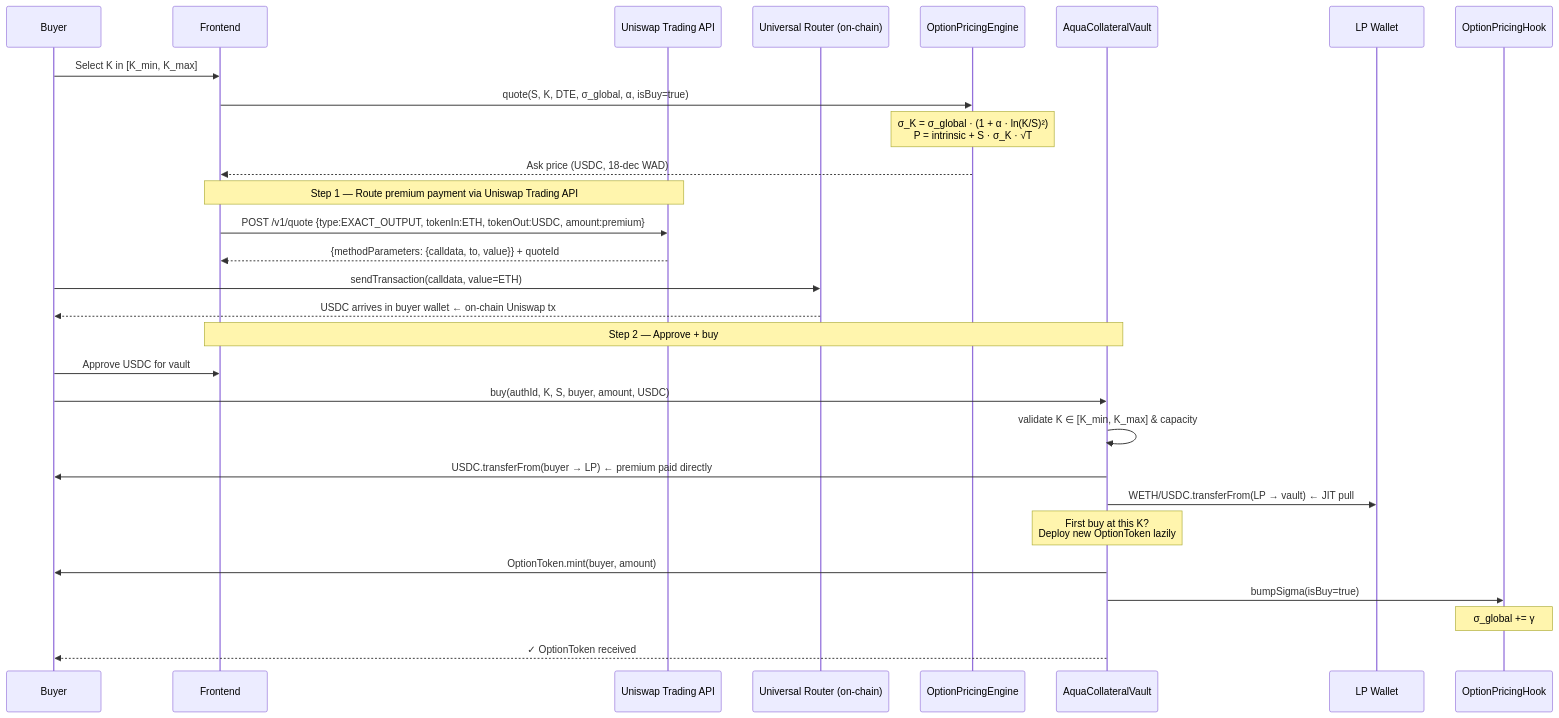
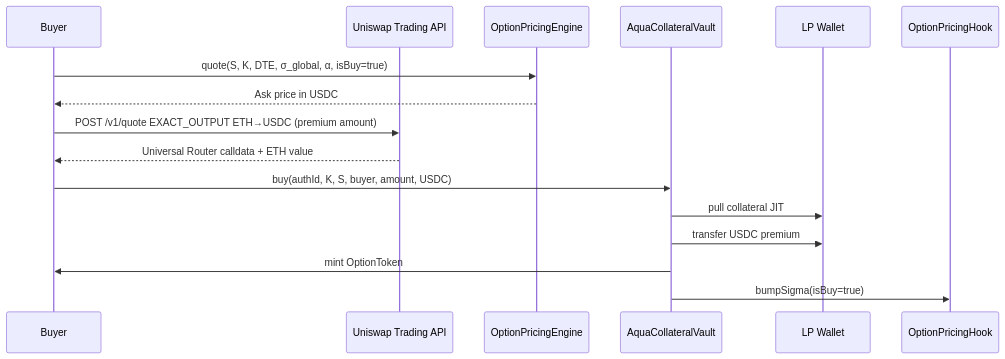
One commit to oslinin/Smile changed the second of 6 diagrams in README.md. Above: the diagram before and after it, drawn with Mermaid. The commit also changed other lines of this file, not shown here.

Commit message:
Simplify primary market buy Mermaid diagram

````diff
--- a/README.md
+++ b/README.md
@@ -120,34 +120,19 @@
 ```mermaid
 sequenceDiagram
     participant Buyer
-    participant Frontend
     participant UniAPI as Uniswap Trading API
-    participant UniRouter as Universal Router (on-chain)
     participant Engine as OptionPricingEngine
     participant Vault as AquaCollateralVault
     participant LP as LP Wallet
     participant Hook as OptionPricingHook
 
-    Buyer->>Frontend: Select K in [K_min, K_max]
-    Frontend->>Engine: quote(S, K, DTE, σ_global, α, isBuy=true)
-    Note over Engine: σ_K = σ_global · (1 + α · ln(K/S)²)<br/>P = intrinsic + S · σ_K · √T
-    Engine-->>Frontend: Ask price (USDC, 18-dec WAD)
-
-    Note over Frontend,UniAPI: Step 1 — Route premium payment via Uniswap Trading API
-    Frontend->>UniAPI: POST /v1/quote {type:EXACT_OUTPUT, tokenIn:ETH, tokenOut:USDC, amount:premium}
-    UniAPI-->>Frontend: {methodParameters: {calldata, to, value}} + quoteId
-    Buyer->>UniRouter: sendTransaction(calldata, value=ETH)
-    UniRouter-->>Buyer: USDC arrives in buyer wallet  ← on-chain Uniswap tx
-
-    Note over Frontend,Vault: Step 2 — Approve + buy
-    Buyer->>Frontend: Approve USDC for vault
+    Buyer->>Engine: quote(S, K, DTE, σ_global, α, isBuy=true)
+    Engine-->>Buyer: Ask price in USDC
+    Buyer->>UniAPI: POST /v1/quote EXACT_OUTPUT ETH→USDC (premium amount)
+    UniAPI-->>Buyer: Universal Router calldata + ETH value
     Buyer->>Vault: buy(authId, K, S, buyer, amount, USDC)
-    Vault->>Vault: validate K ∈ [K_min, K_max] & capacity
-    Vault->>Buyer: USDC.transferFrom(buyer → LP)  ← premium paid directly
-    Vault->>LP: WETH/USDC.transferFrom(LP → vault) ← JIT pull
-    Note over Vault: First buy at this K?<br/>Deploy new OptionToken lazily
-    Vault->>Buyer: OptionToken.mint(buyer, amount)
+    Vault->>LP: pull collateral JIT
+    Vault->>LP: transfer USDC premium
+    Vault->>Buyer: mint OptionToken
     Vault->>Hook: bumpSigma(isBuy=true)
-    Note over Hook: σ_global += γ
-    Vault-->>Buyer: ✓ OptionToken received
 ```
````
